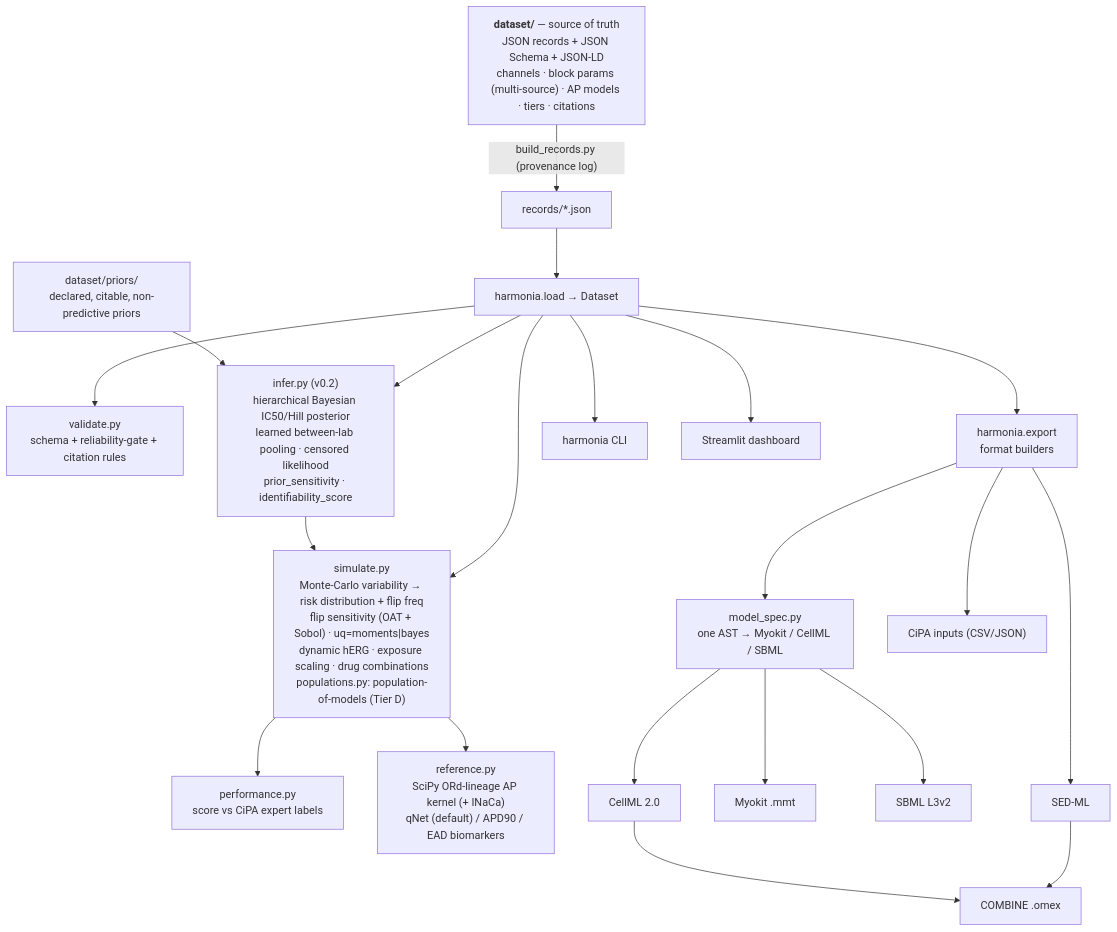
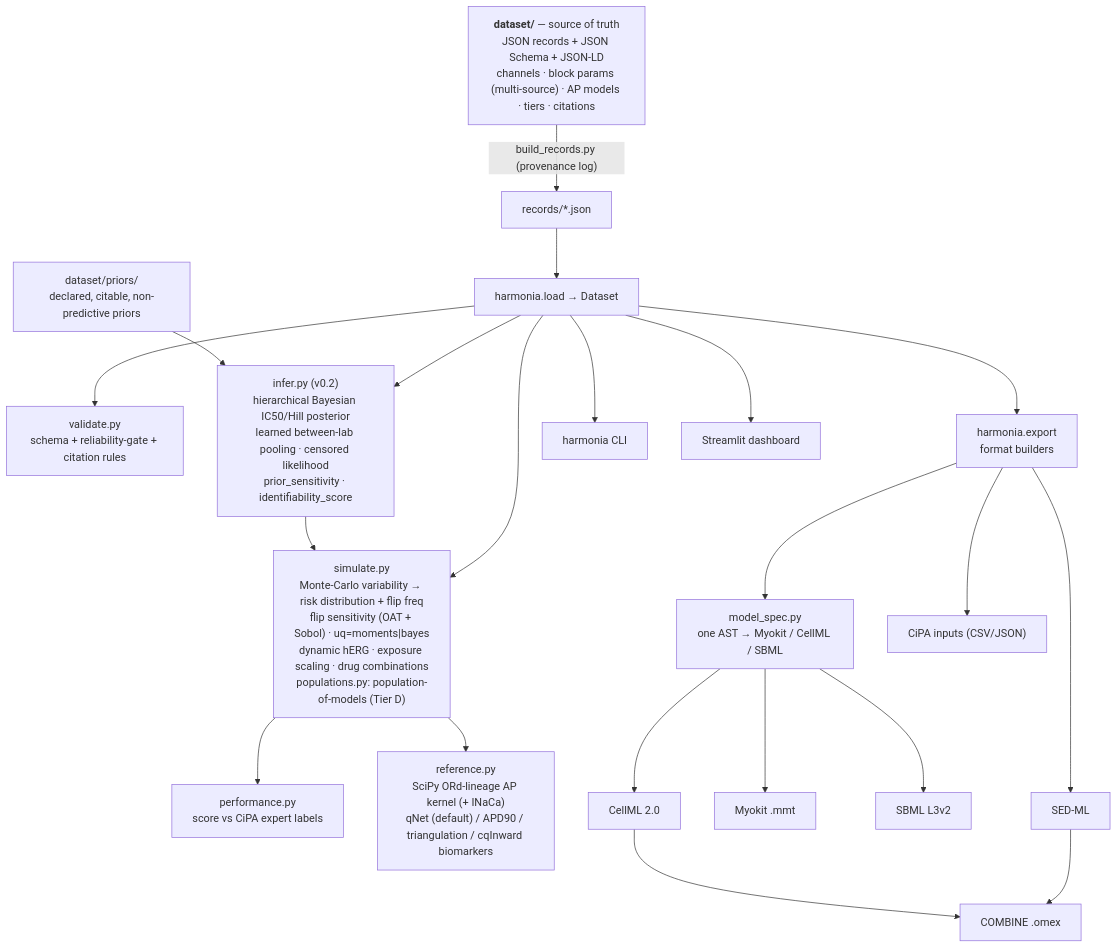
One commit to clay-good/harmonia changed the diagram in README.md. Above: the diagram before and after it, drawn with Mermaid. The commit also changed other lines of this file and 13 other files, not shown here.

````diff
--- a/README.md
+++ b/README.md
@@ -168,23 +168,23 @@
 ```mermaid
 flowchart TD
     DS["<b>dataset/</b> — source of truth<br/>JSON records + JSON Schema + JSON-LD<br/>channels · block params (multi-source) · AP models · tiers · citations"]
     DS -->|"build_records.py (provenance log)"| REC["records/*.json"]
     REC --> LOAD["harmonia.load → Dataset"]
     LOAD --> VAL["validate.py<br/>schema + reliability-gate + citation rules"]
     LOAD --> SIM["simulate.py<br/>Monte-Carlo variability → risk distribution + flip freq<br/>flip sensitivity (OAT + Sobol) · uq=moments|bayes<br/>dynamic hERG · exposure scaling · drug combinations<br/>populations.py: population-of-models (Tier D)"]
     LOAD --> INFER["infer.py (v0.2)<br/>hierarchical Bayesian IC50/Hill posterior<br/>learned between-lab pooling · censored likelihood<br/>prior_sensitivity · identifiability_score"]
     PRI["dataset/priors/<br/>declared, citable, non-predictive priors"] --> INFER
     INFER --> SIM
     LOAD --> EXP["harmonia.export<br/>format builders"]
     SIM --> PERF["performance.py<br/>score vs CiPA expert labels"]
-    SIM --> REF["reference.py<br/>SciPy ORd-lineage AP kernel (+ INaCa)<br/>qNet (default) / APD90 / EAD biomarkers"]
+    SIM --> REF["reference.py<br/>SciPy ORd-lineage AP kernel (+ INaCa)<br/>qNet (default) / APD90 / triangulation / cqInward biomarkers"]
     EXP --> SPEC["model_spec.py<br/>one AST → Myokit / CellML / SBML"]
     SPEC --> CELLML["CellML 2.0"]
     SPEC --> MYOKIT["Myokit .mmt"]
     SPEC --> SBML["SBML L3v2"]
     EXP --> CIPA["CiPA inputs (CSV/JSON)"]
     EXP --> SEDML["SED-ML"] --> OMEX["COMBINE .omex"]
     CELLML --> OMEX
     LOAD --> CLI["harmonia CLI"]
     LOAD --> DASH["Streamlit dashboard"]
 ```
````
